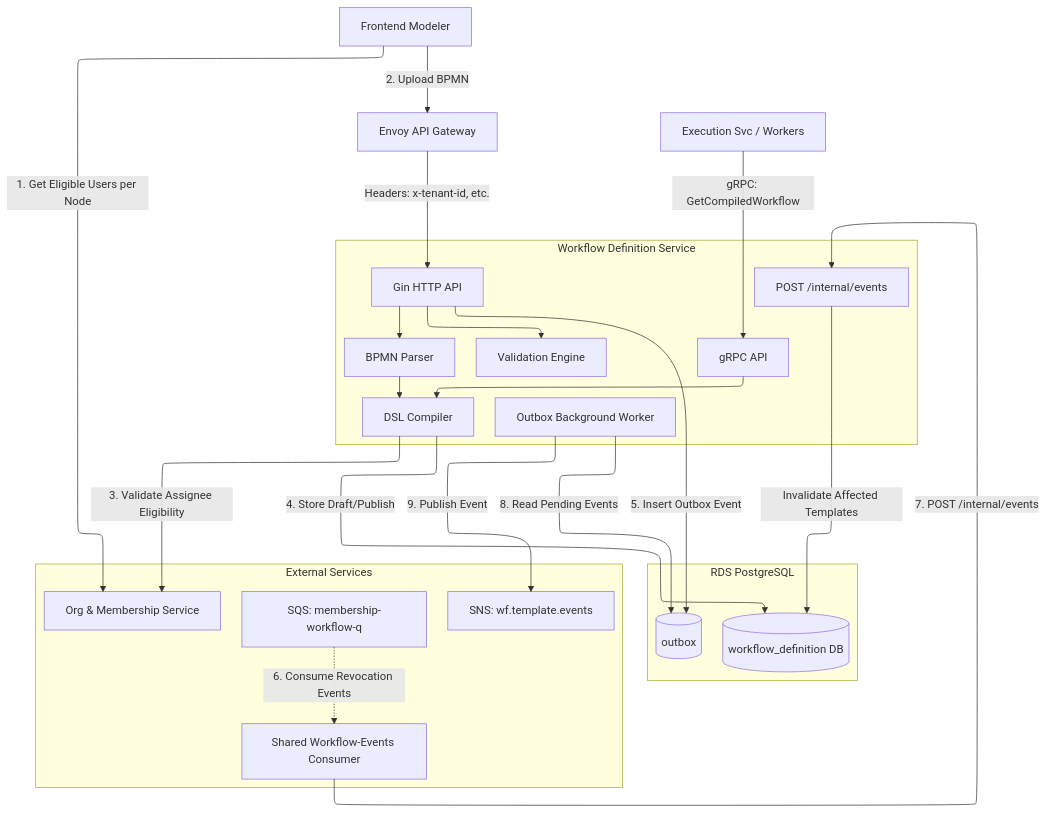
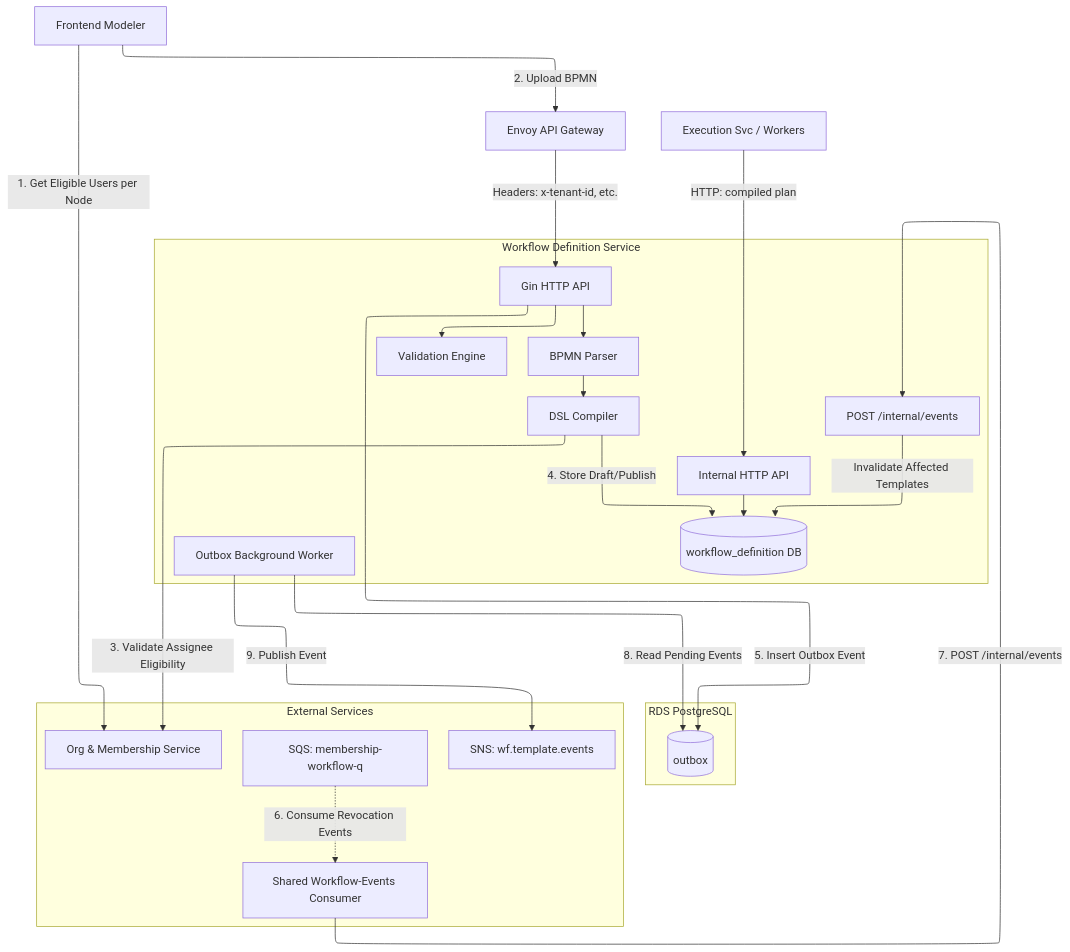
Before and after one commit to BCBP-SOLUTIONS-FZC-LLC/workflow-definition-service: the diagram in docs/architecture/mermaid/system-view-component.mmd, drawn with Mermaid. The commit also changed 17 other files, not shown here.

First line of the commit message:
wip: D-2 phase 6 — definition's docs describe the internal HTTP API

```diff
--- a/docs/architecture/mermaid/system-view-component.mmd
+++ b/docs/architecture/mermaid/system-view-component.mmd
@@ -1,50 +1,50 @@
 ---
 config:
   layout: elk
 ---
 graph TD
     UI[Frontend Modeler]
     Gateway[Envoy API Gateway]
     ExecSvc[Execution Svc / Workers]
 
     subgraph Workflow_Definition_Service [Workflow Definition Service]
         API[Gin HTTP API]
-        gRPC[gRPC API]
+        Internal[Internal HTTP API]
         Parser[BPMN Parser]
         Compiler[DSL Compiler]
         Validator[Validation Engine]
         InternalEvents[POST /internal/events]
         OutboxRelay[Outbox Background Worker]
 
         API --> Validator
         API --> Parser
-        gRPC --> Compiler
+        Internal --> DB
         Parser --> Compiler
     end
 
     subgraph Persistence [RDS PostgreSQL]
         DB[(workflow_definition DB)]
         OutboxTable[(outbox)]
     end
 
     subgraph External_Integrations [External Services]
         OrgMembership[Org & Membership Service]
         SNS[SNS: wf.template.events]
         EventsConsumer[Shared Workflow-Events Consumer]
         SQS_Membership[SQS: membership-workflow-q]
     end
 
     UI -->|1. Get Eligible Users per Node| OrgMembership
     UI -->|2. Upload BPMN| Gateway
     Gateway -->|Headers: x-tenant-id, etc.| API
-    ExecSvc -->|gRPC: GetCompiledWorkflow| gRPC
+    ExecSvc -->|HTTP: compiled plan| Internal
 
     Compiler -->|3. Validate Assignee Eligibility| OrgMembership
     Compiler -->|4. Store Draft/Publish| DB
     API -->|5. Insert Outbox Event| OutboxTable
     SQS_Membership -.->|6. Consume Revocation Events| EventsConsumer
     EventsConsumer -->|7. POST /internal/events| InternalEvents
     InternalEvents -->|Invalidate Affected Templates| DB
 
     OutboxRelay -->|8. Read Pending Events| OutboxTable
     OutboxRelay -->|9. Publish Event| SNS
```
